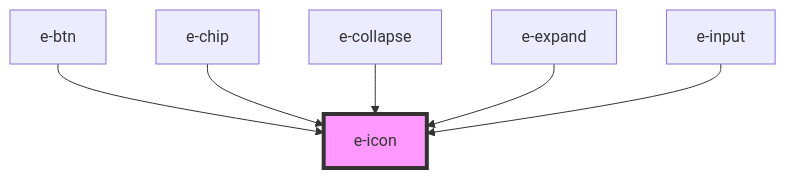
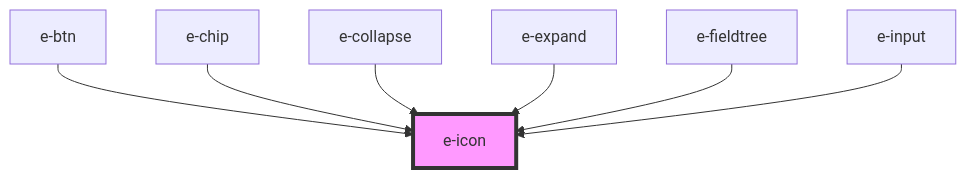
The diagram in src/components/e-icon/readme.md (kabbandre/Equinox-Web-Components), drawn with Mermaid before and after one commit. The commit also changed other lines of this file and 411 other files, not shown here.

````diff
--- a/src/components/e-icon/readme.md
+++ b/src/components/e-icon/readme.md
@@ -28,9 +29,10 @@
 ```mermaid
 graph TD;
   e-btn --> e-icon
   e-chip --> e-icon
   e-collapse --> e-icon
   e-expand --> e-icon
+  e-fieldtree --> e-icon
   e-input --> e-icon
   style e-icon fill:#f9f,stroke:#333,stroke-width:4px
 ```
````
